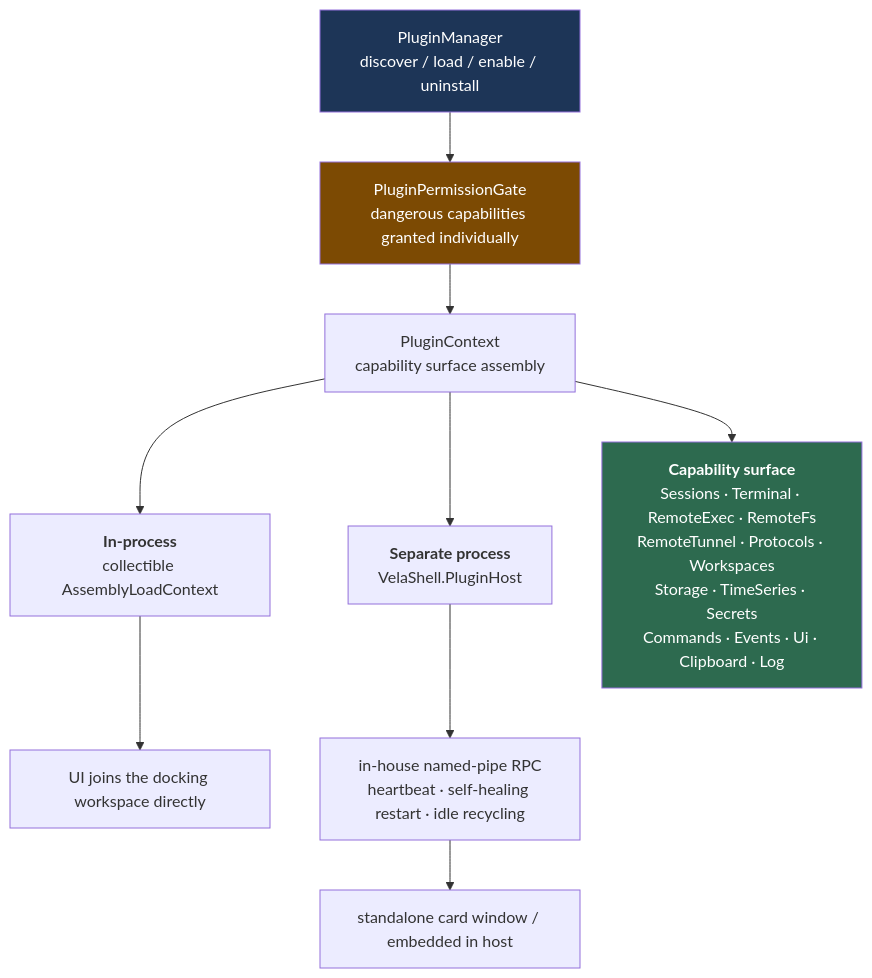
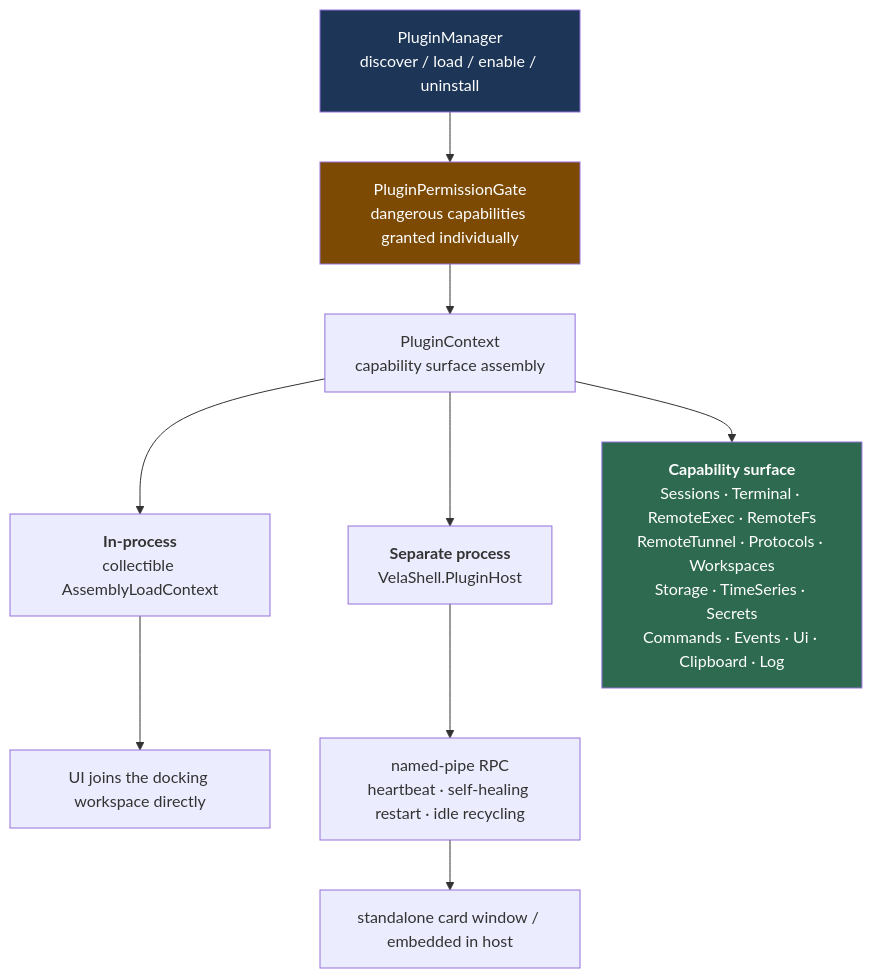
Before and after one commit to VelaShellLabs/velashell-docs: the fifth of 6 diagrams in en/host/architecture.md, drawn with Mermaid. The commit also changed other lines of this file and 31 other files, not shown here.

````diff
--- a/en/host/architecture.md
+++ b/en/host/architecture.md
@@ -362,18 +362,18 @@
 ```mermaid
 flowchart TD
     PM["PluginManager<br/>discover / load / enable / uninstall"] --> Gate["PluginPermissionGate<br/>dangerous capabilities granted individually"]
     Gate --> Ctx["PluginContext<br/>capability surface assembly"]
 
     Ctx --> InProc["<b>In-process</b><br/>collectible AssemblyLoadContext"]
     Ctx --> Iso["<b>Separate process</b><br/>VelaShell.PluginHost"]
 
     InProc --> UI1["UI joins the docking workspace directly"]
-    Iso --> RPC["in-house named-pipe RPC<br/>heartbeat · self-healing restart · idle recycling"]
+    Iso --> RPC["named-pipe RPC<br/>heartbeat · self-healing restart · idle recycling"]
     RPC --> UI2["standalone card window / embedded in host"]
 
     Ctx --> Caps["<b>Capability surface</b><br/>Sessions · Terminal · RemoteExec · RemoteFs<br/>RemoteTunnel · Protocols · Workspaces<br/>Storage · TimeSeries · Secrets<br/>Commands · Events · Ui · Clipboard · Log"]
 
     style PM fill:#1d3557,color:#fff
     style Gate fill:#7c4a03,color:#fff
     style Caps fill:#2d6a4f,color:#fff
 ```
````
